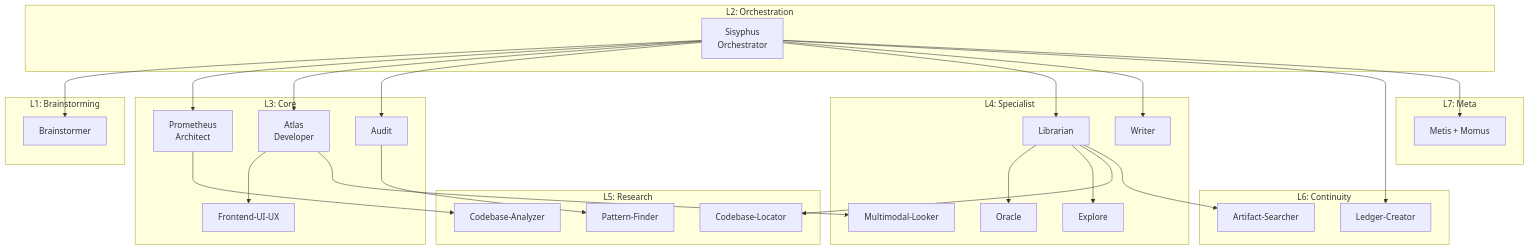
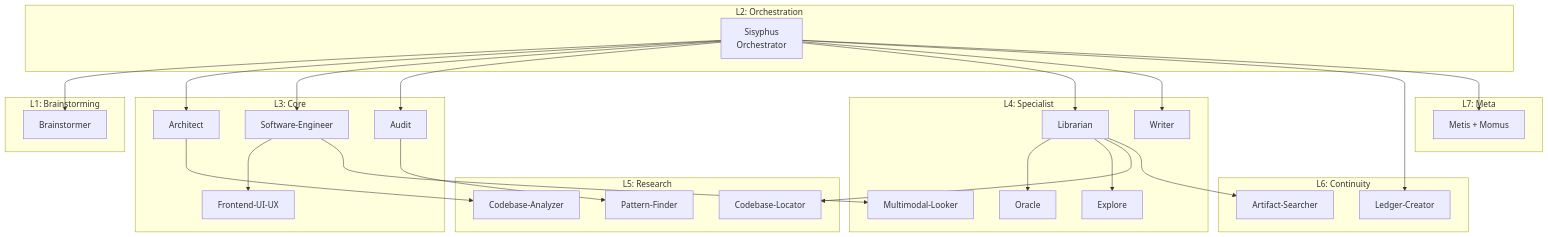
One commit to Jas0nOW/wanda-agentic-system changed the diagram in prompts/AGENT_ROSTER.md. Above: the diagram before and after it, drawn with Mermaid. The commit also changed other lines of this file and 138 other files, not shown here.

````diff
--- a/prompts/AGENT_ROSTER.md
+++ b/prompts/AGENT_ROSTER.md
@@ -10,58 +10,58 @@
 ```mermaid
 graph TD
     subgraph Layer1[L1: Brainstorming]
         B[Brainstormer]
     end
     
     subgraph Layer2[L2: Orchestration]
         S[Sisyphus<br/>Orchestrator]
     end
     
     subgraph Layer3[L3: Core]
-        P[Prometheus<br/>Architect]
-        A[Atlas<br/>Developer]
+        ARC[Architect]
+        SE[Software-Engineer]
         AU[Audit]
         F[Frontend-UI-UX]
     end
     
     subgraph Layer4[L4: Specialist]
         L[Librarian]
         W[Writer]
         O[Oracle]
         E[Explore]
         M[Multimodal-Looker]
     end
     
     subgraph Layer5[L5: Research]
         CL[Codebase-Locator]
         CA[Codebase-Analyzer]
         PF[Pattern-Finder]
     end
     
     subgraph Layer6[L6: Continuity]
         LC[Ledger-Creator]
         AS[Artifact-Searcher]
     end
     
     subgraph Layer7[L7: Meta]
         MM[Metis + Momus]
     end
     
     S --> B
-    S --> P
-    S --> A
+    S --> ARC
+    S --> SE
     S --> AU
     S --> L
     S --> W
     S --> LC
     S --> MM
     
-    A --> F
-    A --> M
+    SE --> F
+    SE --> M
     L --> O
     L --> E
     L --> CL
     L --> AS
-    P --> CA
+    ARC --> CA
     AU --> PF
 ```
````
